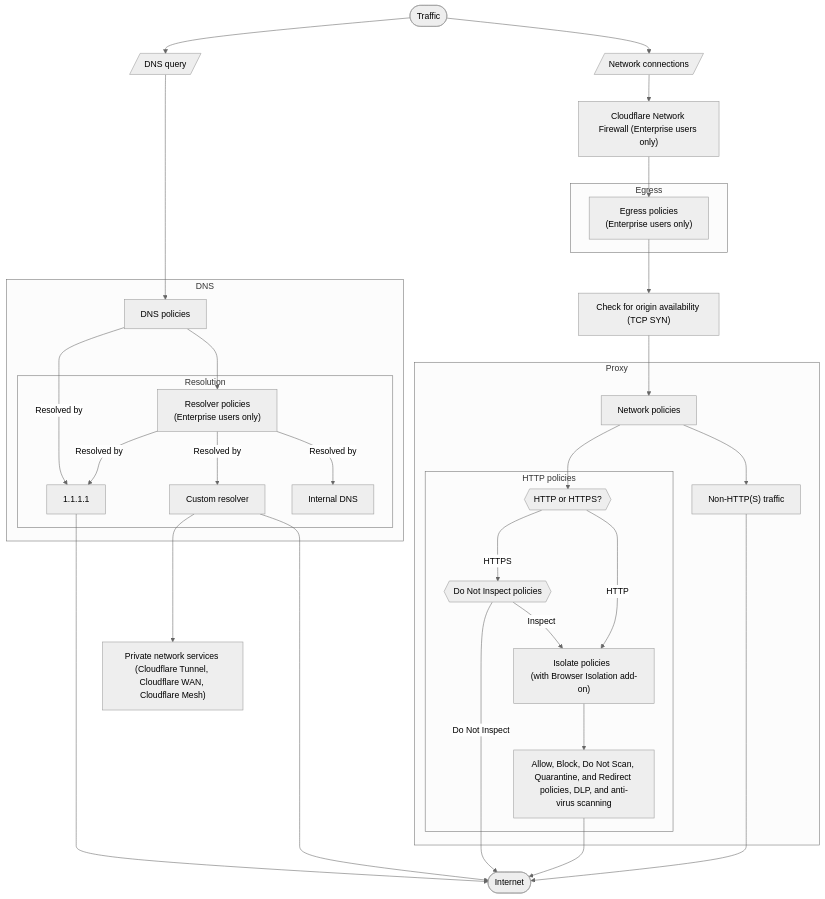
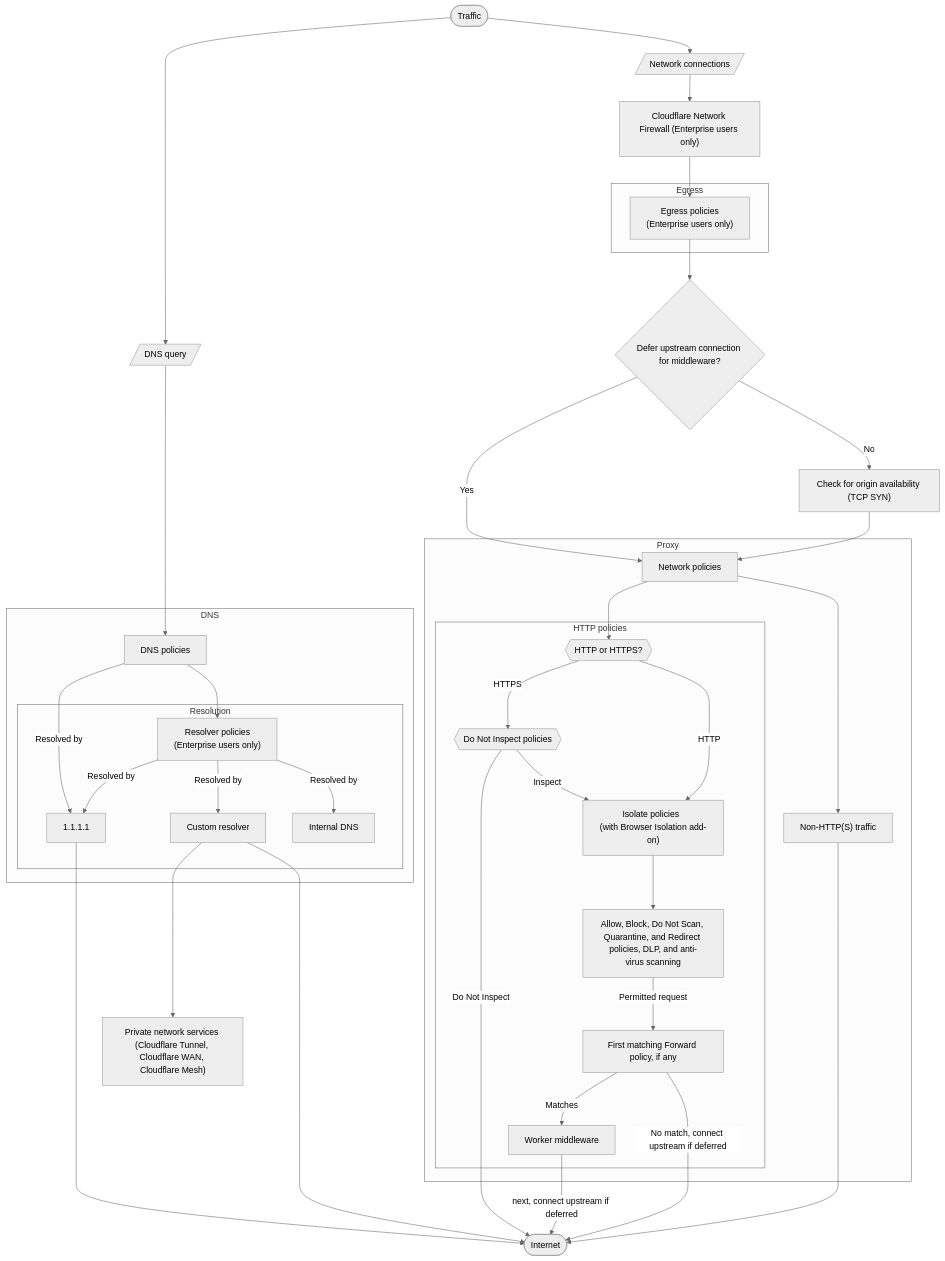
Before and after one commit to cloudflare/cloudflare-docs: the diagram in src/content/partials/cloudflare-one/gateway/order-of-enforcement.mdx, drawn with Mermaid (neutral theme). The commit also changed other lines of this file and 24 other files, not shown here.

Commit message:
[Cloudflare One, Workers] Document Gateway Forward integration

````diff
--- a/src/content/partials/cloudflare-one/gateway/order-of-enforcement.mdx
+++ b/src/content/partials/cloudflare-one/gateway/order-of-enforcement.mdx
@@ -7,55 +7,62 @@
 ```mermaid
 flowchart TB
     %% Accessibility
     accTitle: Gateway order of enforcement
-    accDescr: Flowchart describing the order of enforcement for Gateway policies.
+    accDescr: Flowchart describing request enforcement for Gateway policies. For permitted HTTP requests, the first matching Forward policy invokes a Worker before continuing upstream. Final responses are inspected after middleware.
 
  subgraph Resolution["Resolution"]
         dns2["1.1.1.1"]
         dns4["Custom resolver"]
         dns3["Resolver policies <br>(Enterprise users only)"]
         internal["Internal DNS"]
   end
  subgraph DNS["DNS"]
         dns1["DNS policies"]
         Resolution
   end
  subgraph HTTP["HTTP policies"]
         http1{{"Do Not Inspect policies"}}
         http2["Isolate policies  <br>(with Browser Isolation add-on)"]
         http3["Allow, Block, Do Not Scan, Quarantine, and Redirect policies, DLP, and anti-virus scanning"]
+        forward["First matching Forward policy, if any"]
+        worker["Worker middleware"]
         https["HTTP or HTTPS?"]
   end
  subgraph Proxy["Proxy"]
         HTTP
         network1["Network policies"]
         nonhttp["Non-HTTP(S) traffic"]
   end
  subgraph Egress["Egress"]
         egress1["Egress policies <br>(Enterprise users only)"]
   end
     start(["Traffic"]) --> dns0[/"DNS query"/] & http0["Network connections"]
     dns0 ----> dns1
     dns1 -- Resolved by --> dns2
     dns1 --> dns3
     dns3 -- Resolved by --> dns4
     dns2 -----> internet(["Internet"])
     dns4 -----> internet
     dns4 ---> cloudflare["Private network services <br>(Cloudflare Tunnel, Cloudflare WAN, Cloudflare Mesh)"]
     http1 -- Do Not Inspect --> internet
     http1 -- Inspect --> http2
     http2 --> http3
     http0 --> magic["Cloudflare Network Firewall (Enterprise users only)"]
     magic --> egress1
-    egress1 --> tcp["Check for origin availability (TCP SYN)"]
+    egress1 --> timing{"Defer upstream connection for middleware?"}
+    timing -- No --> tcp["Check for origin availability (TCP SYN)"]
+    timing -- Yes --> network1
     tcp --> network1
-    http3 --> internet
+    http3 -- Permitted request --> forward
+    forward -- Matches --> worker
+    worker -- next, connect upstream if deferred --> internet
+    forward -- No match, connect upstream if deferred --> internet
     https -- HTTPS --> http1
     https -- HTTP --> http2
     network1 --> https & nonhttp
     dns3 -- Resolved by --> internal & dns2
     nonhttp -----> internet
 
     https@{ shape: hex}
     http0@{ shape: lean-r}
 ```
````
